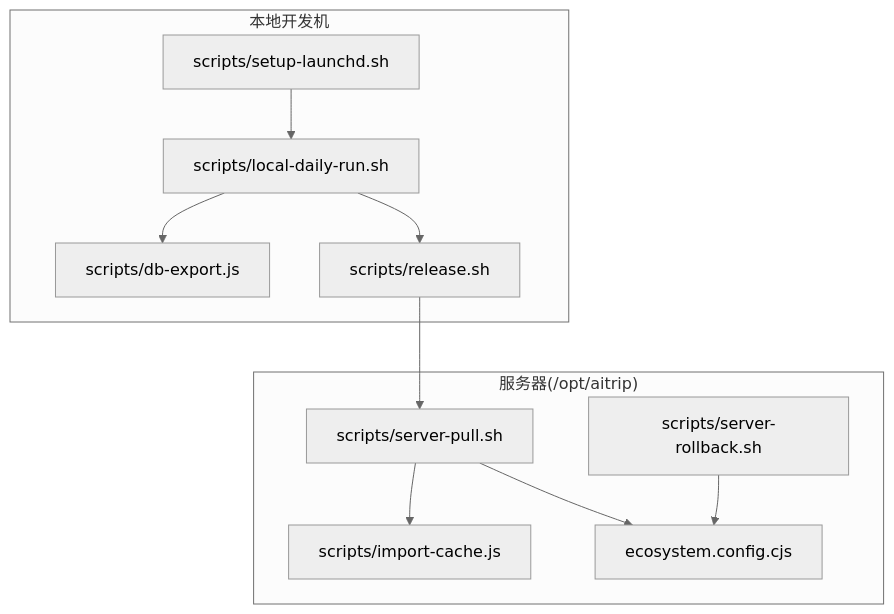
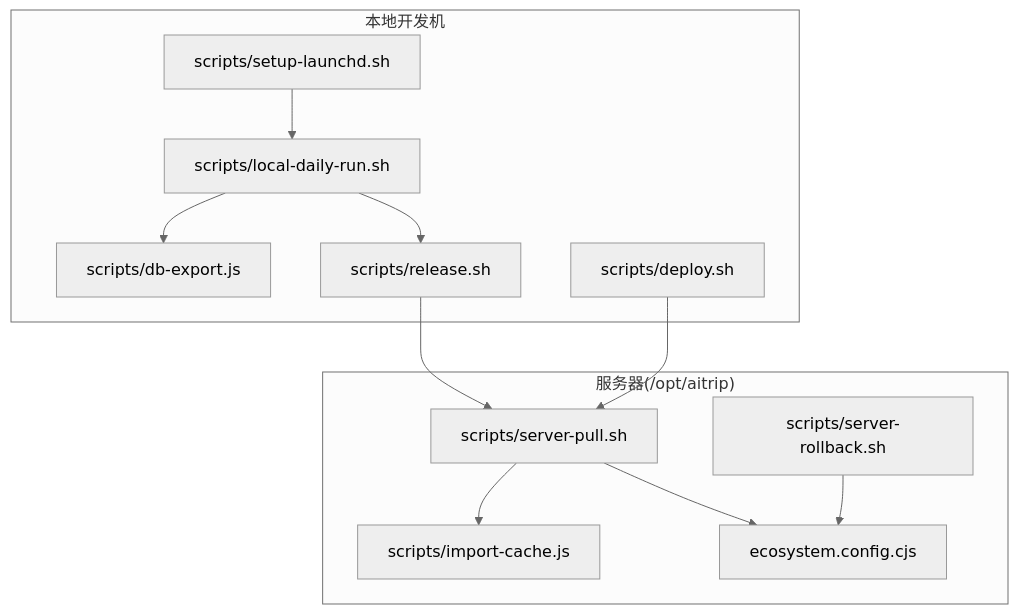
The first of 5 diagrams in .qoder/repowiki/zh/content/部署与运维/自动化脚本.md (ititjjy/AITrip-plan), drawn with Mermaid (neutral theme) before and after one commit. The commit also changed other lines of this file and 28 other files, not shown here.

````diff
--- a/.qoder/repowiki/zh/content/部署与运维/自动化脚本.md
+++ b/.qoder/repowiki/zh/content/部署与运维/自动化脚本.md
@@ -42,22 +44,24 @@
 ```mermaid
 graph TB
 subgraph "本地开发机"
 A["scripts/local-daily-run.sh"]
 B["scripts/db-export.js"]
 C["scripts/release.sh"]
 D["scripts/setup-launchd.sh"]
+E["scripts/deploy.sh"]
 end
 subgraph "服务器(/opt/aitrip)"
-E["scripts/server-pull.sh"]
-F["scripts/server-rollback.sh"]
-G["scripts/import-cache.js"]
-H["ecosystem.config.cjs"]
+F["scripts/server-pull.sh"]
+G["scripts/server-rollback.sh"]
+H["scripts/import-cache.js"]
+I["ecosystem.config.cjs"]
 end
 A --> B
 A --> C
 D --> A
-C --> E
-E --> G
-E --> H
+C --> F
+E --> F
 F --> H
+F --> I
+G --> I
 ```
````
